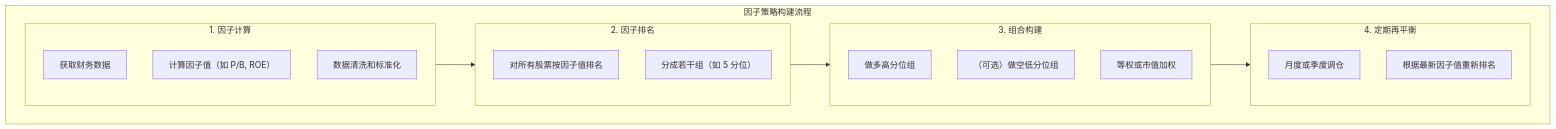
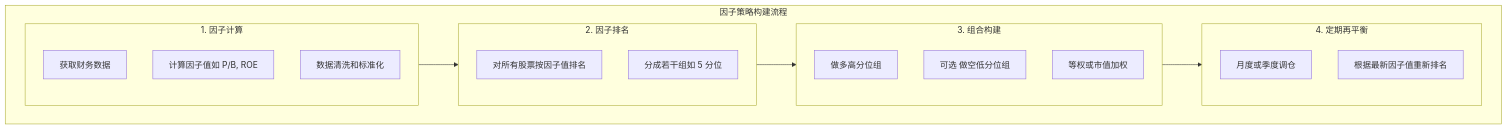
Before and after one commit to jpixy/jpixy.github.io: diagram 12 of 17 in content/articles/quant/quant-05-个人量化常用策略详解.md, drawn with Mermaid. The commit also changed other lines of this file and 66 other files, not shown here.

Commit message:
fix: resolve Mermaid syntax errors by removing parentheses in node labels

````diff
--- a/content/articles/quant/quant-05-个人量化常用策略详解.md
+++ b/content/articles/quant/quant-05-个人量化常用策略详解.md
@@ -393,24 +393,24 @@
 ```mermaid
 graph TB
     subgraph 因子流程["因子策略构建流程"]
         subgraph S1["1. 因子计算"]
             A1["获取财务数据"]
-            A2["计算因子值（如 P/B, ROE）"]
+            A2["计算因子值如 P/B, ROE"]
             A3["数据清洗和标准化"]
         end
         subgraph S2["2. 因子排名"]
             B1["对所有股票按因子值排名"]
-            B2["分成若干组（如 5 分位）"]
+            B2["分成若干组如 5 分位"]
         end
         subgraph S3["3. 组合构建"]
             C1["做多高分位组"]
-            C2["（可选）做空低分位组"]
+            C2["可选 做空低分位组"]
             C3["等权或市值加权"]
         end
         subgraph S4["4. 定期再平衡"]
             D1["月度或季度调仓"]
             D2["根据最新因子值重新排名"]
         end
     end
     S1 --> S2 --> S3 --> S4
 ```
````
